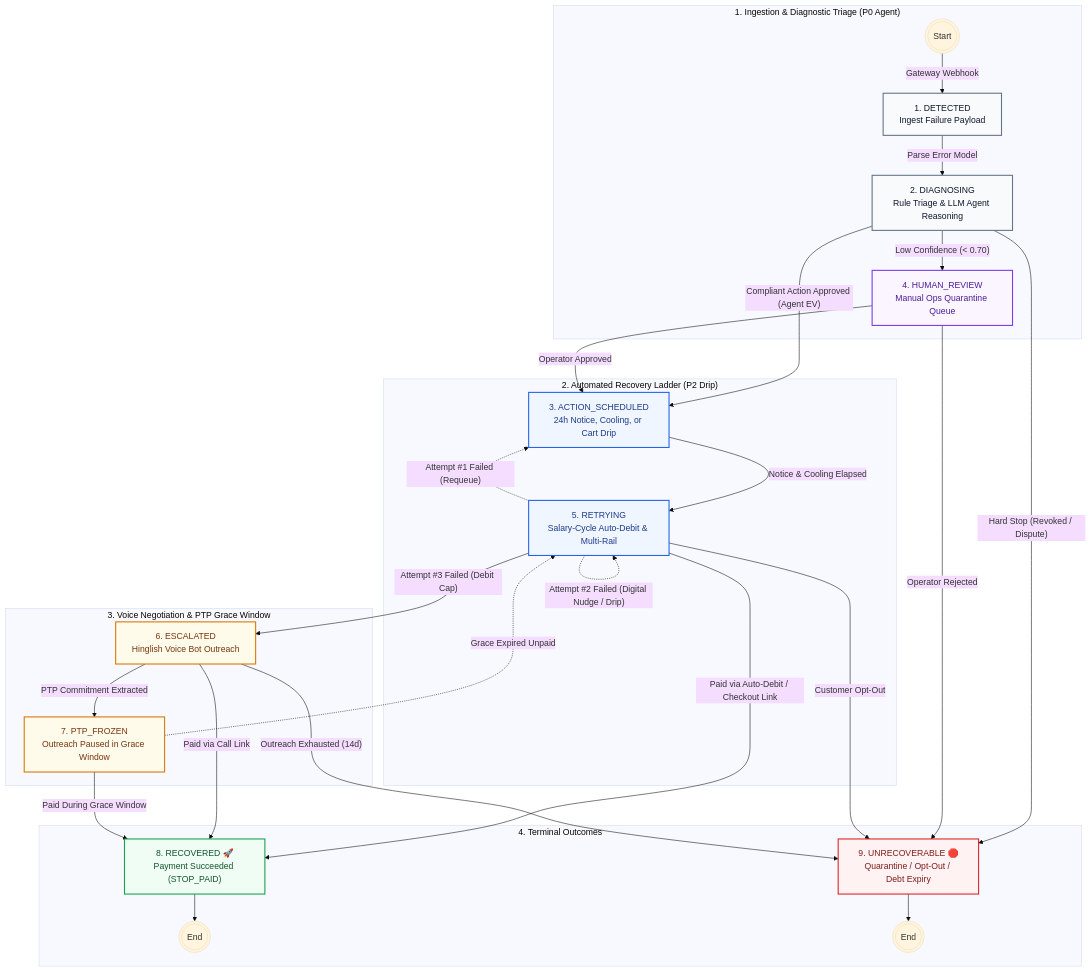
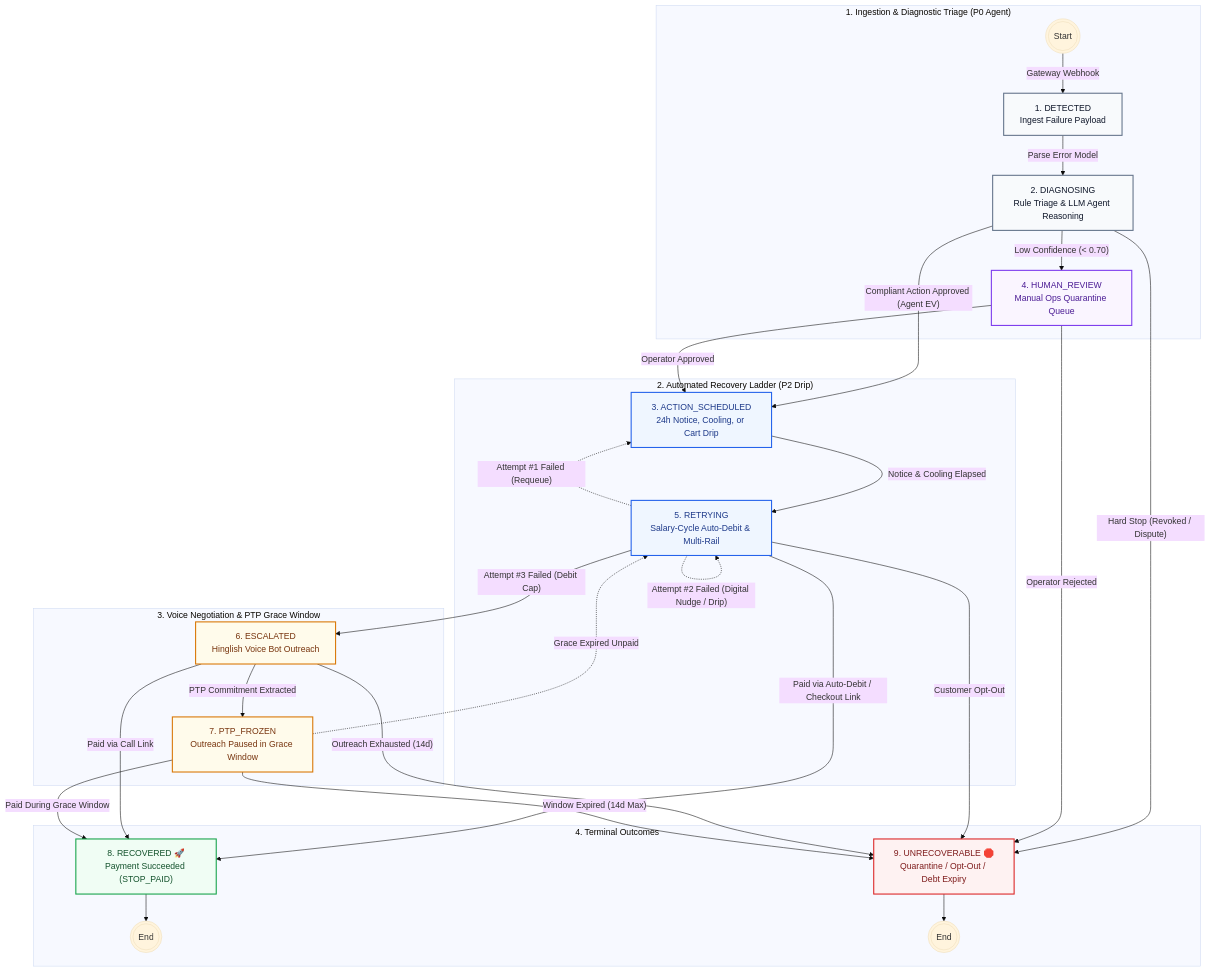
Before and after one commit to Harmit07/razorpay-ai-challenge: the second of 2 diagrams in README.md, drawn with Mermaid (base theme).

Commit message:
docs: standardize Mermaid FSM flowchart linebreaks and transitions

````diff
--- a/README.md
+++ b/README.md
@@ -195,80 +195,81 @@
 ```mermaid
 flowchart TD
     %% ─────────────────────────────────────────────────────────────
     %% STAGE 1: INGESTION & DIAGNOSTIC TRIAGE (P0 AGENT)
     %% ─────────────────────────────────────────────────────────────
     subgraph S1 ["1. Ingestion & Diagnostic Triage (P0 Agent)"]
-        START(((Start))) -->|"Gateway Webhook"| S_DETECTED["1. DETECTED\nIngest Failure Payload"]
-        S_DETECTED -->|"Parse Error Model"| S_DIAG["2. DIAGNOSING\nRule Triage & LLM Agent Reasoning"]
-        S_DIAG -->|"Low Confidence (< 0.70)"| S_HUMAN["4. HUMAN_REVIEW\nManual Ops Quarantine Queue"]
+        START(((Start))) -->|"Gateway Webhook"| S_DETECTED["1. DETECTED<br/>Ingest Failure Payload"]
+        S_DETECTED -->|"Parse Error Model"| S_DIAG["2. DIAGNOSING<br/>Rule Triage & LLM Agent Reasoning"]
+        S_DIAG -->|"Low Confidence (< 0.70)"| S_HUMAN["4. HUMAN_REVIEW<br/>Manual Ops Quarantine Queue"]
     end
 
     %% ─────────────────────────────────────────────────────────────
     %% STAGE 2: SCHEDULED NOTICE & AUTOMATED RETRIES (P2 DRIP)
     %% ─────────────────────────────────────────────────────────────
     subgraph S2 ["2. Automated Recovery Ladder (P2 Drip)"]
-        S_SCHED["3. ACTION_SCHEDULED\n24h Notice, Cooling, or Cart Drip"]
-        S_RETRY["5. RETRYING\nSalary-Cycle Auto-Debit & Multi-Rail"]
+        S_SCHED["3. ACTION_SCHEDULED<br/>24h Notice, Cooling, or Cart Drip"]
+        S_RETRY["5. RETRYING<br/>Salary-Cycle Auto-Debit & Multi-Rail"]
         
         S_SCHED -->|"Notice & Cooling Elapsed"| S_RETRY
         S_RETRY -.->|"Attempt #1 Failed (Requeue)"| S_SCHED
         S_RETRY -.->|"Attempt #2 Failed (Digital Nudge / Drip)"| S_RETRY
     end
 
     %% ─────────────────────────────────────────────────────────────
     %% STAGE 3: VOICE ESCALATION & PROMISE-TO-PAY
     %% ─────────────────────────────────────────────────────────────
     subgraph S3 ["3. Voice Negotiation & PTP Grace Window"]
-        S_ESCALATED["6. ESCALATED\nHinglish Voice Bot Outreach"]
-        S_PTP["7. PTP_FROZEN\nOutreach Paused in Grace Window"]
+        S_ESCALATED["6. ESCALATED<br/>Hinglish Voice Bot Outreach"]
+        S_PTP["7. PTP_FROZEN<br/>Outreach Paused in Grace Window"]
         
         S_ESCALATED -->|"PTP Commitment Extracted"| S_PTP
         S_PTP -.->|"Grace Expired Unpaid"| S_RETRY
     end
 
     %% ─────────────────────────────────────────────────────────────
     %% STAGE 4: TERMINAL OUTCOMES
     %% ─────────────────────────────────────────────────────────────
     subgraph S4 ["4. Terminal Outcomes"]
-        S_RECOVERED["8. RECOVERED 🚀\nPayment Succeeded (STOP_PAID)"]
-        S_UNREC["9. UNRECOVERABLE 🛑\nQuarantine / Opt-Out / Debt Expiry"]
+        S_RECOVERED["8. RECOVERED 🚀<br/>Payment Succeeded (STOP_PAID)"]
+        S_UNREC["9. UNRECOVERABLE 🛑<br/>Quarantine / Opt-Out / Debt Expiry"]
         
         S_RECOVERED --> END_REC(((End)))
         S_UNREC --> END_UNREC(((End)))
     end
 
     %% ─────────────────────────────────────────────────────────────
     %% INTER-STAGE TRANSITIONS
     %% ─────────────────────────────────────────────────────────────
     S_DIAG -->|"Compliant Action Approved (Agent EV)"| S_SCHED
     S_DIAG -->|"Hard Stop (Revoked / Dispute)"| S_UNREC
 
     S_HUMAN -->|"Operator Approved"| S_SCHED
     S_HUMAN -->|"Operator Rejected"| S_UNREC
 
     S_RETRY -->|"Paid via Auto-Debit / Checkout Link"| S_RECOVERED
     S_RETRY -->|"Attempt #3 Failed (Debit Cap)"| S_ESCALATED
     S_RETRY -->|"Customer Opt-Out"| S_UNREC
 
     S_ESCALATED -->|"Paid via Call Link"| S_RECOVERED
     S_ESCALATED -->|"Outreach Exhausted (14d)"| S_UNREC
 
     S_PTP -->|"Paid During Grace Window"| S_RECOVERED
+    S_PTP -->|"Window Expired (14d Max)"| S_UNREC
 
     %% ─────────────────────────────────────────────────────────────
     %% UI COLOR THEMING (SaaS Light & Dark Mode Compatible)
     %% ─────────────────────────────────────────────────────────────
     classDef initial fill:#f8fafc,stroke:#64748b,stroke-width:2px,color:#0f172a;
     classDef active fill:#eff6ff,stroke:#2563eb,stroke-width:2px,color:#1e3a8a;
     classDef purple fill:#faf5ff,stroke:#7c3aed,stroke-width:2px,color:#4c1d95;
     classDef warning fill:#fffbeb,stroke:#d97706,stroke-width:2px,color:#78350f;
     classDef success fill:#f0fdf4,stroke:#16a34a,stroke-width:2px,color:#14532d;
     classDef danger fill:#fef2f2,stroke:#dc2626,stroke-width:2px,color:#7f1d1d;
 
     class S_DETECTED,S_DIAG initial;
     class S_SCHED,S_RETRY active;
     class S_HUMAN purple;
     class S_ESCALATED,S_PTP warning;
     class S_RECOVERED success;
     class S_UNREC danger;
 ```
````
